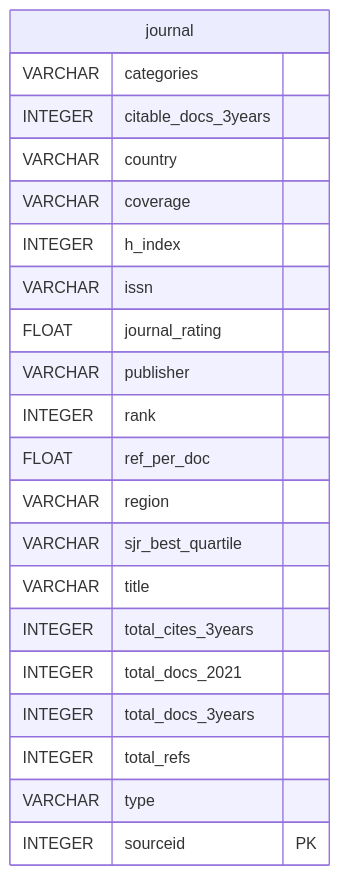
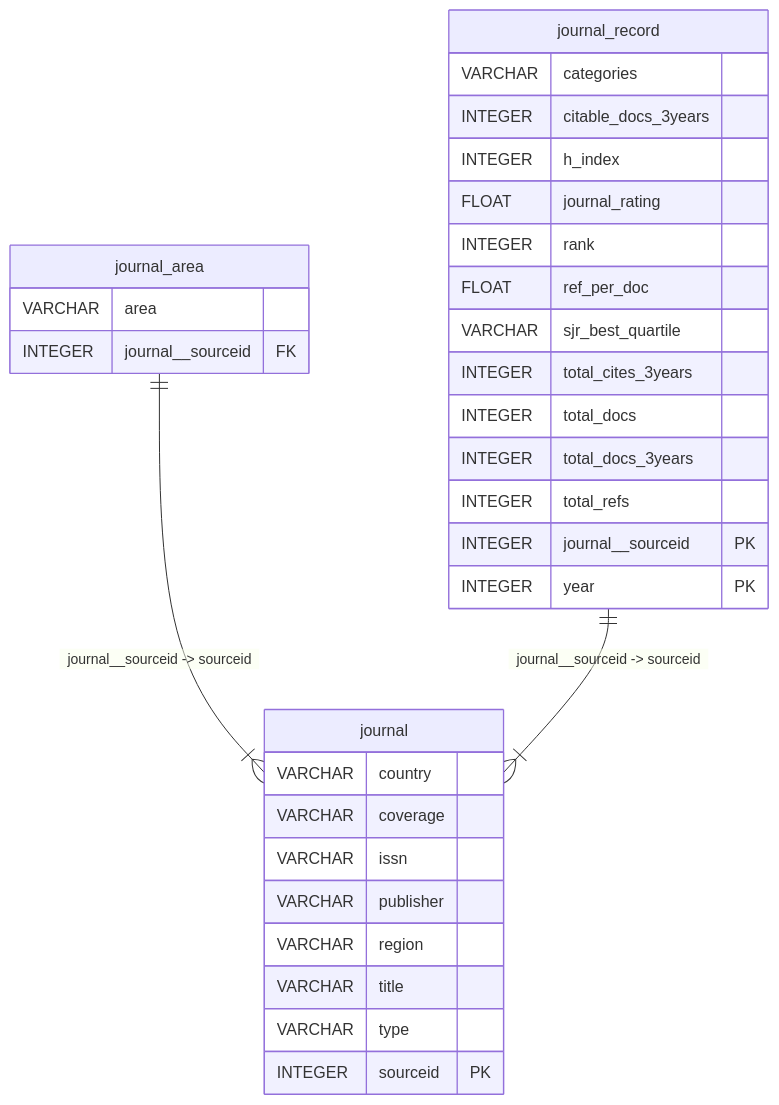
One commit to sscu-budapest/explorer changed the diagram in _sources/dataset-pages/scimago_journals.md. Above: the diagram before and after it, drawn with Mermaid. The commit also changed other lines of this file and 29 other files, not shown here.

````diff
--- a/_sources/dataset-pages/scimago_journals.md
+++ b/_sources/dataset-pages/scimago_journals.md
@@ -22,24 +22,34 @@
 ```{mermaid}
 erDiagram
   journal {    
-    VARCHAR categories      
-    INTEGER citable_docs_3years      
     VARCHAR country      
     VARCHAR coverage      
-    INTEGER h_index      
     VARCHAR issn      
-    FLOAT journal_rating      
     VARCHAR publisher      
-    INTEGER rank      
-    FLOAT ref_per_doc      
     VARCHAR region      
-    VARCHAR sjr_best_quartile      
     VARCHAR title      
-    INTEGER total_cites_3years      
-    INTEGER total_docs_2021      
-    INTEGER total_docs_3years      
-    INTEGER total_refs      
     VARCHAR type      
     INTEGER sourceid PK 
   }
+  journal_area {    
+    VARCHAR area      
+    INTEGER journal__sourceid FK 
+  }
+  journal_record {    
+    VARCHAR categories      
+    INTEGER citable_docs_3years      
+    INTEGER h_index      
+    FLOAT journal_rating      
+    INTEGER rank      
+    FLOAT ref_per_doc      
+    VARCHAR sjr_best_quartile      
+    INTEGER total_cites_3years      
+    INTEGER total_docs      
+    INTEGER total_docs_3years      
+    INTEGER total_refs      
+    INTEGER journal__sourceid PK     
+    INTEGER year PK 
+  }
+  journal_area ||--|{ journal : "journal__sourceid -> sourceid"
+  journal_record ||--|{ journal : "journal__sourceid -> sourceid"
 ```
````
